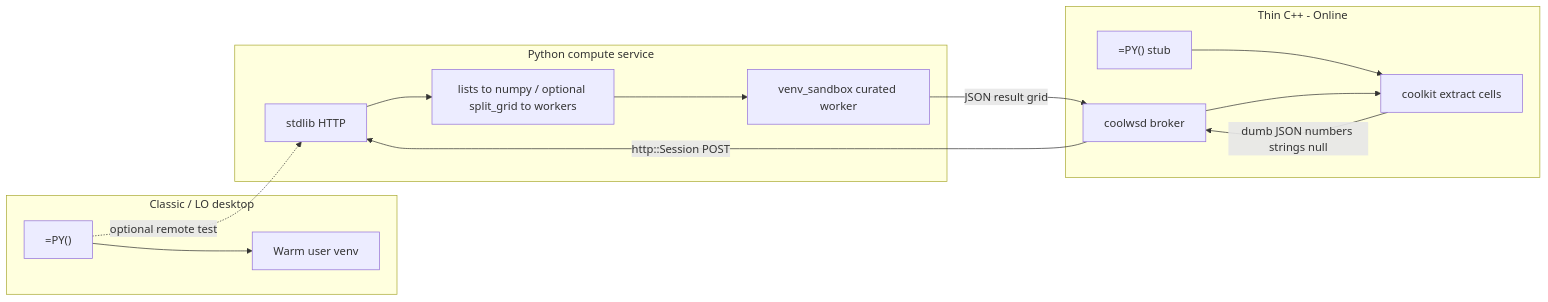
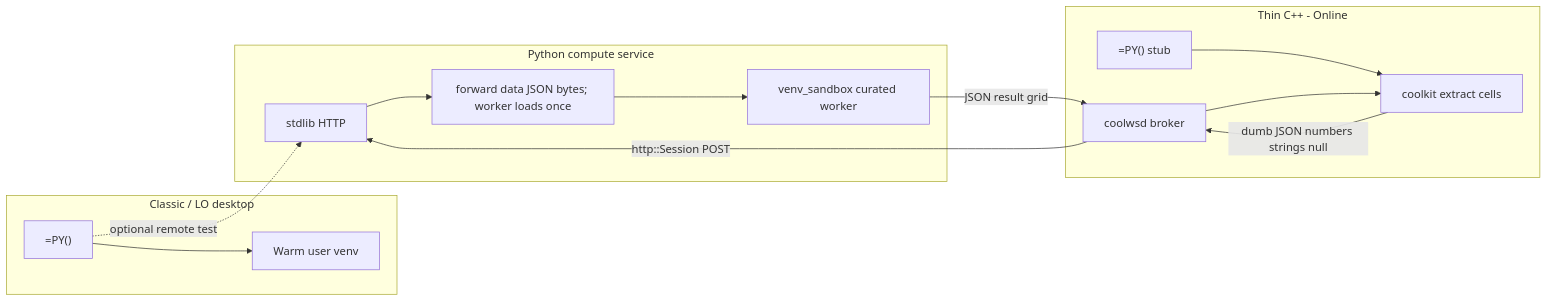
The diagram in docs/scripting/numpy-jailsafe.md (KeithCu/writeragent), drawn with Mermaid before and after one commit. The commit also changed other lines of this file and 8 other files, not shown here.

First line of the commit message:
Compute service JSON blob-forward; LibrePy split_grid unchanged

````diff
--- a/docs/scripting/numpy-jailsafe.md
+++ b/docs/scripting/numpy-jailsafe.md
@@ -114,22 +114,22 @@
 ```mermaid
 flowchart LR
   subgraph classic [Classic / LO desktop]
     Calc1["=PY()"] --> LocalVenv["Warm user venv"]
   end
   subgraph cpp [Thin C++ - Online]
     PY["=PY() stub"]
     Kit[coolkit extract cells]
     Wsd[coolwsd broker]
   end
   subgraph py [Python compute service]
     Http[stdlib HTTP]
-    Pack[lists to numpy / optional split_grid to workers]
+    Pack[forward data JSON bytes; worker loads once]
     Run[venv_sandbox curated worker]
   end
   Calc1 -.->|optional remote test| Http
   PY --> Kit
   Kit -->|"dumb JSON numbers strings null"| Wsd
   Wsd -->|"http::Session POST"| Http
   Http --> Pack --> Run
   Run -->|JSON result grid| Wsd --> Kit
 ```
````
